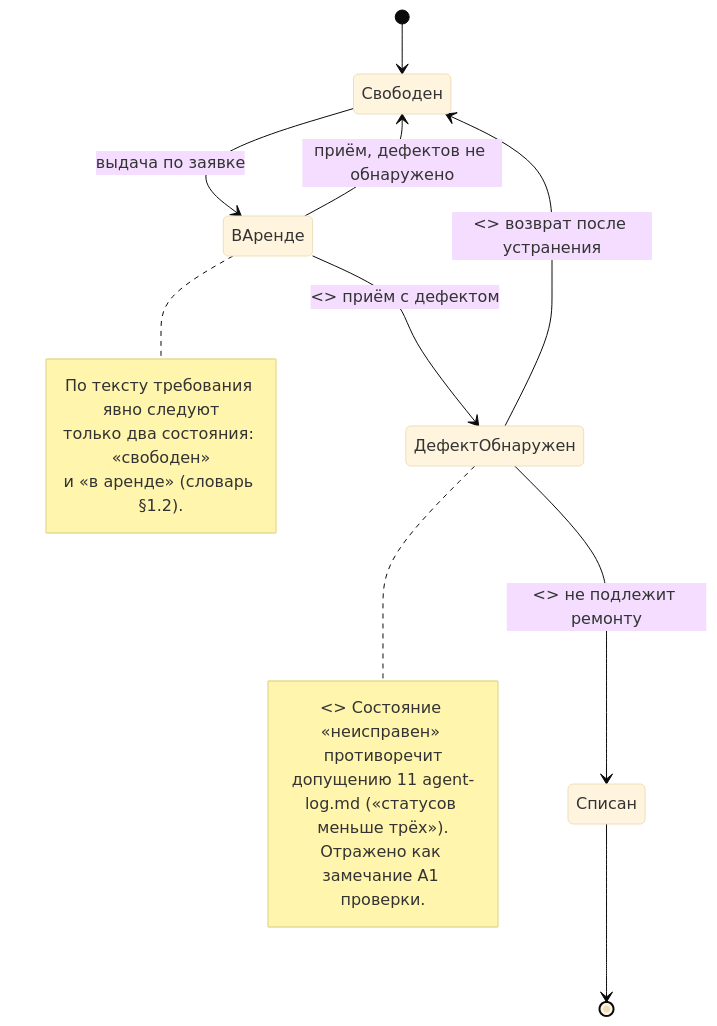
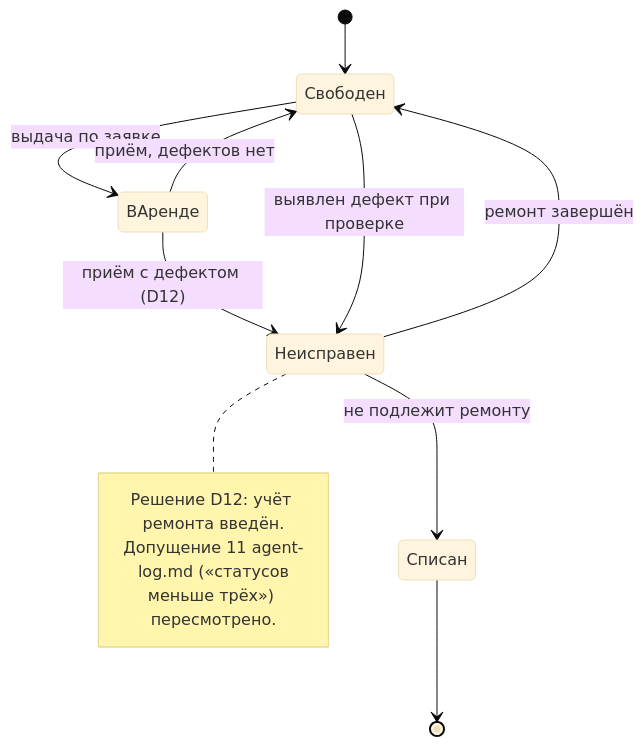
Before and after one commit to Kembi0736/rent_oop: the third of 4 diagrams in specification/diagrams.md, drawn with Mermaid (base theme). The commit also changed other lines of this file, not shown here.

Commit message:
Закрыть все <<open>> в диаграммах решениями D1-D14

````diff
--- a/specification/diagrams.md
+++ b/specification/diagrams.md
@@ -133,26 +137,21 @@
 ```mermaid
-    stateDiagram-v2
+stateDiagram-v2
     [*] --> Свободен
 
     Свободен --> ВАренде : выдача по заявке
-    ВАренде --> Свободен : приём, дефектов не обнаружено
+    ВАренде --> Свободен : приём, дефектов нет
 
-    ВАренде --> ДефектОбнаружен : <<open>> приём с дефектом
+    ВАренде --> Неисправен : приём с дефектом (D12)
+    Свободен --> Неисправен : выявлен дефект при проверке
 
-    ДефектОбнаружен --> Свободен : <<open>> возврат после устранения
-    ДефектОбнаружен --> Списан : <<open>> не подлежит ремонту
+    Неисправен --> Свободен : ремонт завершён
+    Неисправен --> Списан : не подлежит ремонту
 
     Списан --> [*]
 
-    note right of ВАренде
-        По тексту требования явно следуют
-        только два состояния: «свободен»
-        и «в аренде» (словарь §1.2).
-    end note
-
-    note right of ДефектОбнаружен
-        <<open>> Состояние «неисправен» противоречит
-        допущению 11 agent-log.md («статусов меньше трёх»).
-        Отражено как замечание A1 проверки.
+    note right of Неисправен
+        Решение D12: учёт ремонта введён.
+        Допущение 11 agent-log.md («статусов
+        меньше трёх») пересмотрено.
     end note
 ```
````
